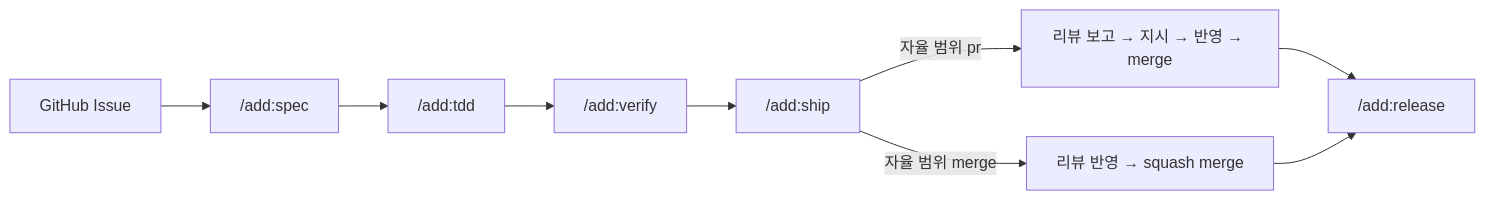
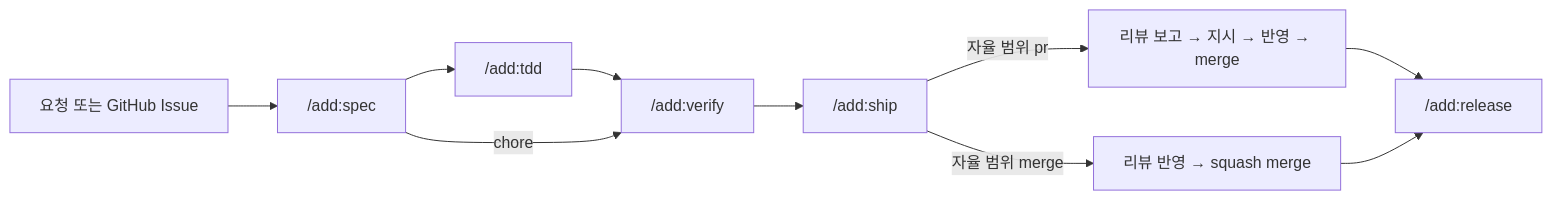
The diagram in README.md (hwanyu365/agentic-dev-kit), drawn with Mermaid before and after one commit. The commit also changed other lines of this file and 15 other files, not shown here.

````diff
--- a/README.md
+++ b/README.md
@@ -26,7 +30,8 @@
 ```mermaid
 flowchart LR
-  I[GitHub Issue] --> S["/add:spec"] --> T["/add:tdd"] --> V["/add:verify"] --> P["/add:ship"]
+  I[요청 또는 GitHub Issue] --> S["/add:spec"] --> T["/add:tdd"] --> V["/add:verify"] --> P["/add:ship"]
+  S -->|chore| V
   P -->|자율 범위 pr| R[리뷰 보고 → 지시 → 반영 → merge]
   P -->|자율 범위 merge| M[리뷰 반영 → squash merge]
   R & M --> L["/add:release"]
 ```
````
